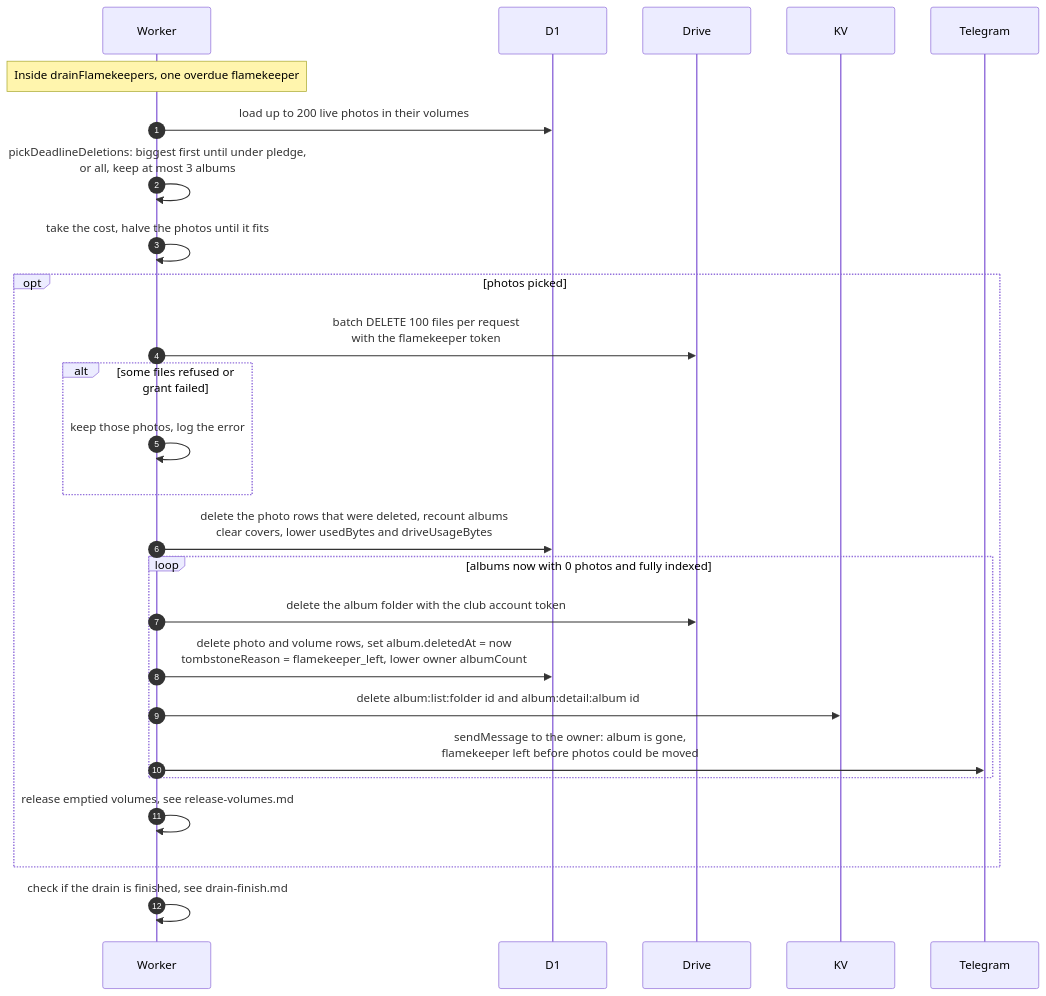
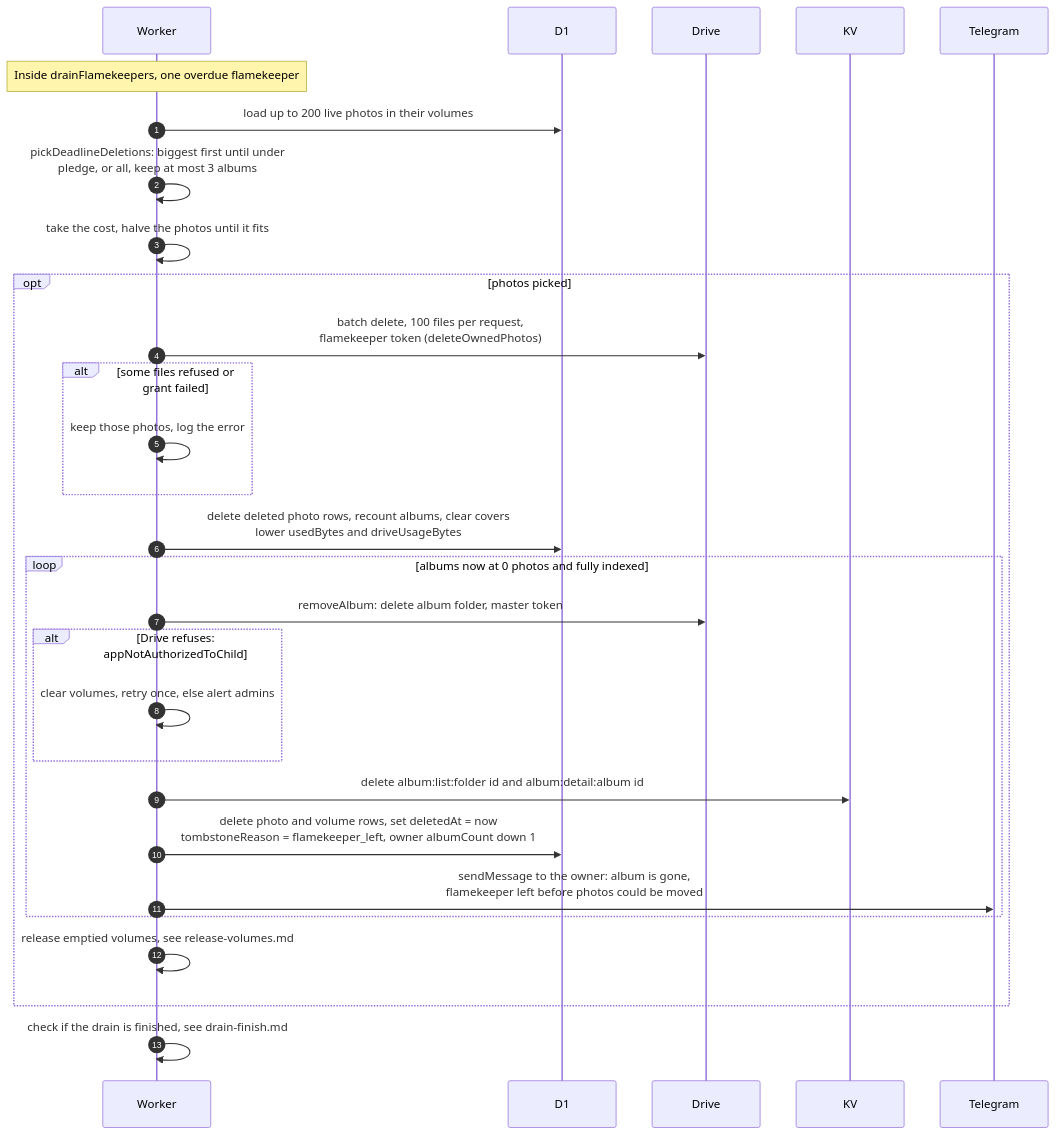
Before and after one commit to sagyzdop/meriksirat: the diagram in docs/scenarios/cron/flamekeepers/drain-deadline.md, drawn with Mermaid. The commit also changed other lines of this file and 10 other files, not shown here.

Commit message:
docs(scenarios): verify cron/flamekeepers diagrams against code

````diff
--- a/docs/scenarios/cron/flamekeepers/drain-deadline.md
+++ b/docs/scenarios/cron/flamekeepers/drain-deadline.md
@@ -43,29 +51,32 @@
 ```mermaid
 sequenceDiagram
     autonumber
     participant Worker
     participant D1
     participant Drive
     participant KV
     participant Telegram
 
     Note over Worker: Inside drainFlamekeepers, one overdue flamekeeper
     Worker->>D1: load up to 200 live photos in their volumes
-    Worker->>Worker: pickDeadlineDeletions: biggest first until under pledge,<br/>or all, keep at most 3 albums
+    Worker->>Worker: pickDeadlineDeletions: biggest first until under<br/>pledge, or all, keep at most 3 albums
     Worker->>Worker: take the cost, halve the photos until it fits
     opt photos picked
-        Worker->>Drive: batch DELETE 100 files per request<br/>with the flamekeeper token
+        Worker->>Drive: batch delete, 100 files per request,<br/>flamekeeper token (deleteOwnedPhotos)
         alt some files refused or grant failed
             Worker->>Worker: keep those photos, log the error
         end
-        Worker->>D1: delete the photo rows that were deleted, recount albums<br/>clear covers, lower usedBytes and driveUsageBytes
-        loop albums now with 0 photos and fully indexed
-            Worker->>Drive: delete the album folder with the club account token
-            Worker->>D1: delete photo and volume rows, set album.deletedAt = now<br/>tombstoneReason = flamekeeper_left, lower owner albumCount
+        Worker->>D1: delete deleted photo rows, recount albums, clear covers<br/>lower usedBytes and driveUsageBytes
+        loop albums now at 0 photos and fully indexed
+            Worker->>Drive: removeAlbum: delete album folder, master token
+            alt Drive refuses: appNotAuthorizedToChild
+                Worker->>Worker: clear volumes, retry once, else alert admins
+            end
             Worker->>KV: delete album:list:folder id and album:detail:album id
+            Worker->>D1: delete photo and volume rows, set deletedAt = now<br/>tombstoneReason = flamekeeper_left, owner albumCount down 1
             Worker->>Telegram: sendMessage to the owner: album is gone,<br/>flamekeeper left before photos could be moved
         end
         Worker->>Worker: release emptied volumes, see release-volumes.md
     end
     Worker->>Worker: check if the drain is finished, see drain-finish.md
 ```
````
